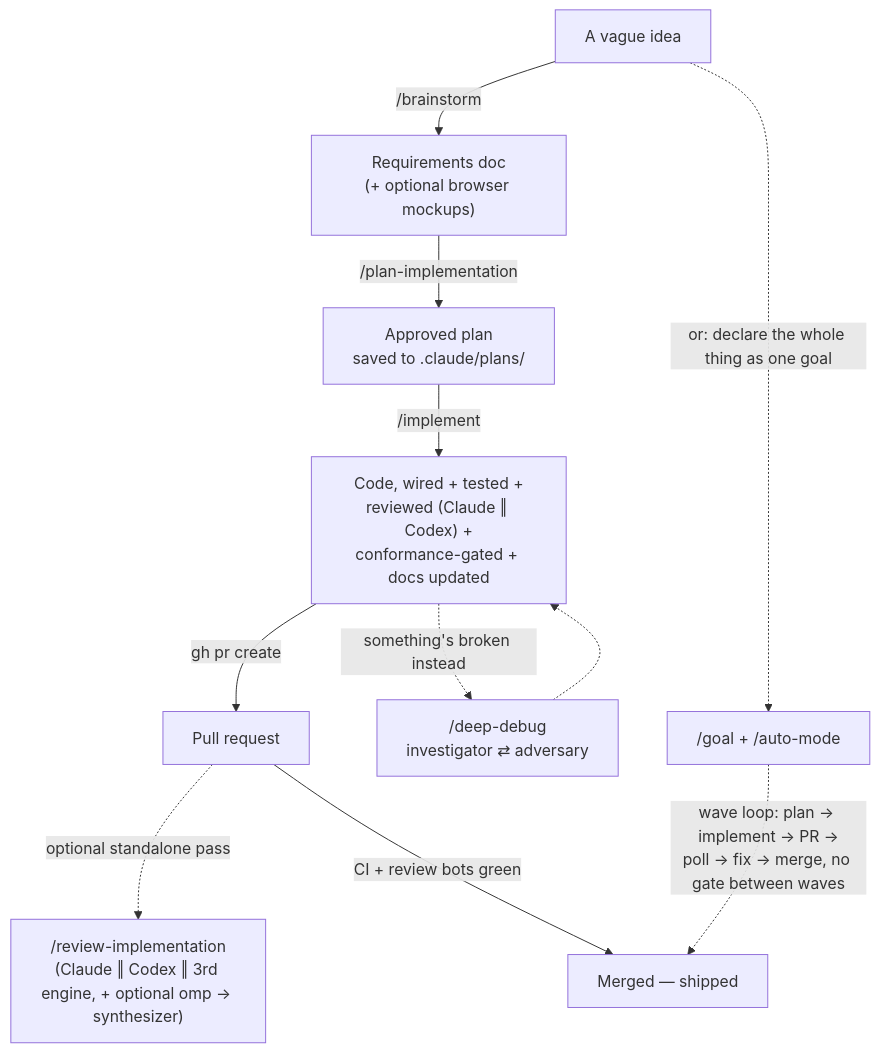
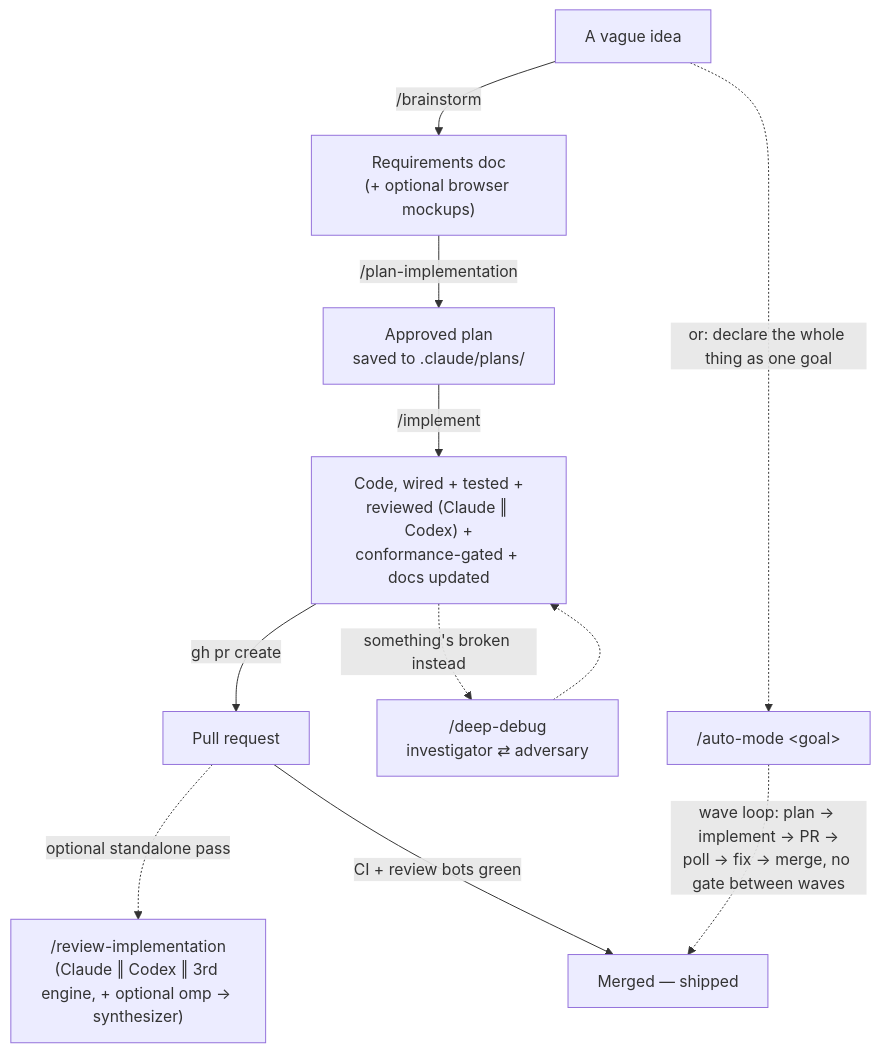
The diagram in agents/README.md (nodera-studio/agent-os), drawn with Mermaid before and after one commit. The commit also changed 7 other files, not shown here.

First line of the commit message:
Merge /goal into /auto-mode

````diff
--- a/agents/README.md
+++ b/agents/README.md
@@ -124,15 +124,15 @@
 ```mermaid
 flowchart TD
     IDEA["A vague idea"] -->|"/brainstorm"| REQ["Requirements doc<br/>(+ optional browser mockups)"]
     REQ -->|"/plan-implementation"| PLAN["Approved plan<br/>saved to .claude/plans/"]
     PLAN -->|"/implement"| CODE["Code, wired + tested +<br/>reviewed (Claude ‖ Codex) +<br/>conformance-gated + docs updated"]
     CODE -->|"gh pr create"| PR["Pull request"]
     PR -.->|"optional standalone pass"| DEEPREV["/review-implementation<br/>(Claude ‖ Codex ‖ 3rd engine, + optional omp → synthesizer)"]
     PR -->|"CI + review bots green"| SHIP["Merged — shipped"]
 
-    IDEA -.->|"or: declare the whole thing as one goal"| GOAL["/goal + /auto-mode"]
+    IDEA -.->|"or: declare the whole thing as one goal"| GOAL["/auto-mode &lt;goal&gt;"]
     GOAL -.->|"wave loop: plan → implement → PR →<br/>poll → fix → merge, no gate between waves"| SHIP
 
     CODE -.->|"something's broken instead"| DEBUG["/deep-debug<br/>investigator ⇄ adversary"]
     DEBUG -.-> CODE
 ```
````
